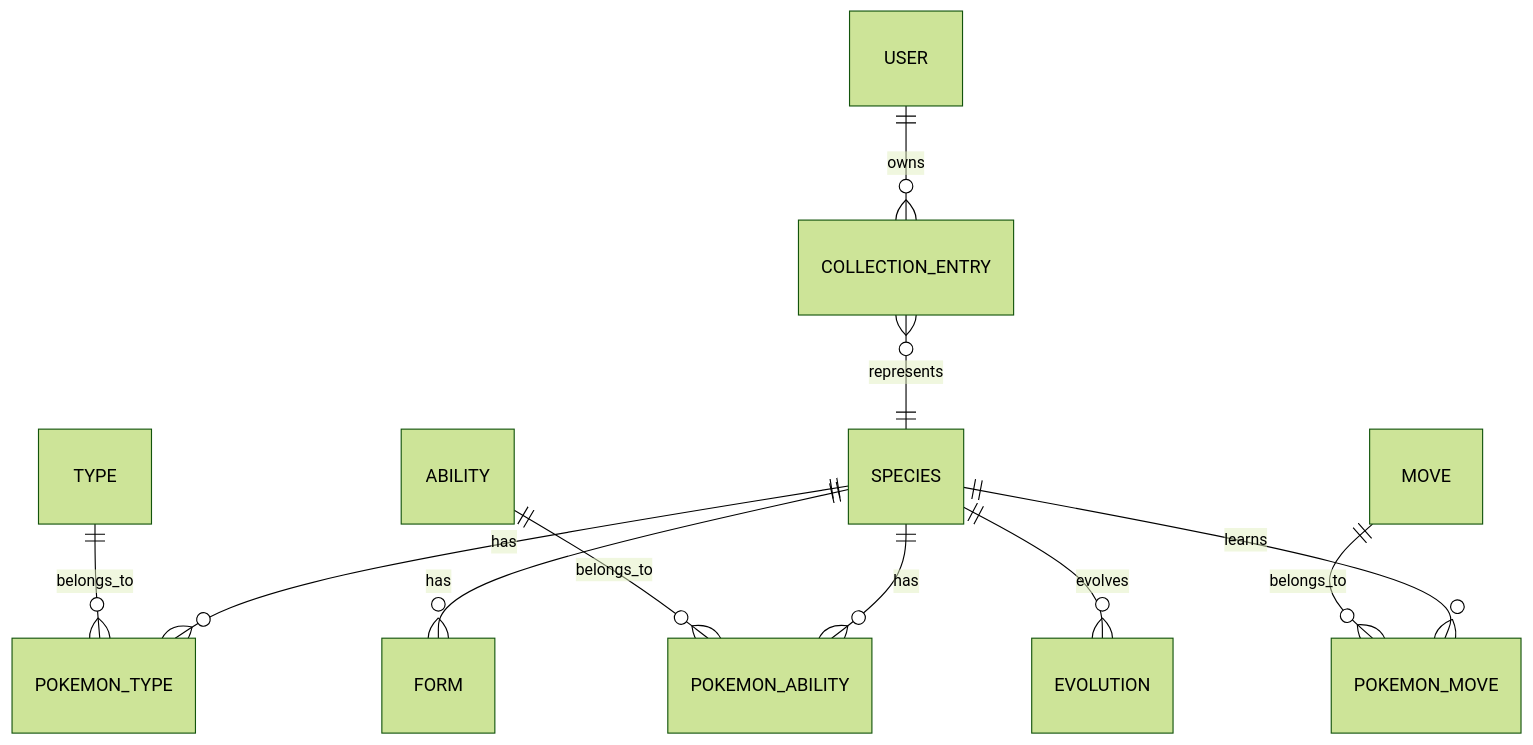
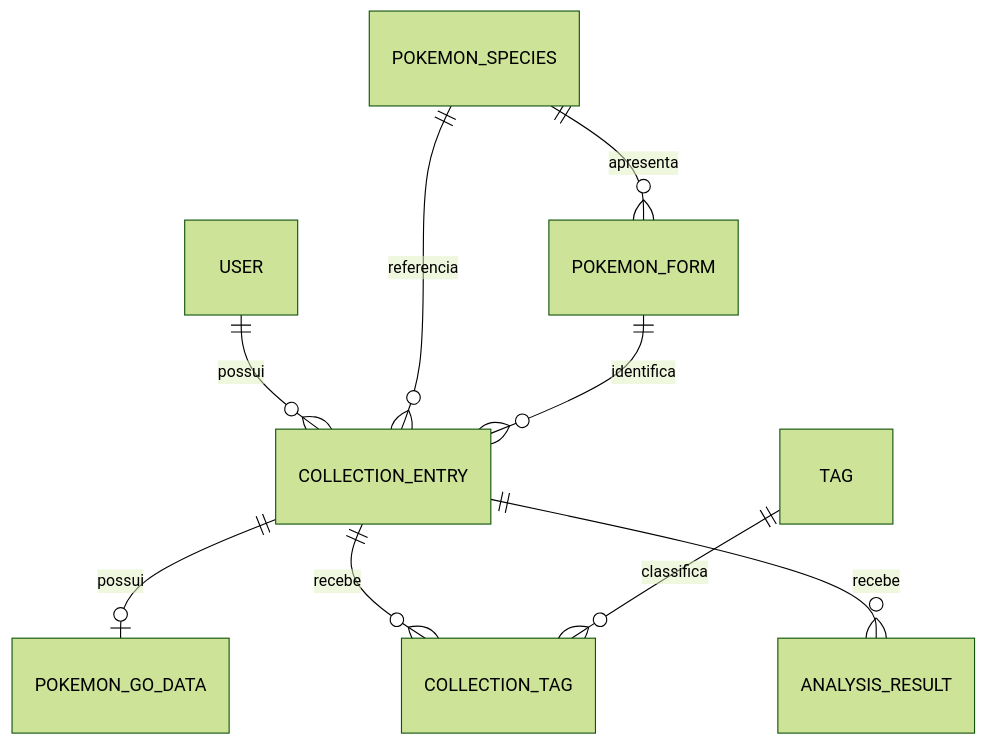
The second of 2 diagrams in docs/database.md (AlissonAlves-Dev/pokedex-manager), drawn with Mermaid (forest theme) before and after one commit. The commit also changed other lines of this file and 11 other files, not shown here.

````diff
--- a/docs/database.md
+++ b/docs/database.md
@@ -258,20 +193,11 @@
 ```mermaid
 erDiagram
-
-    USER ||--o{ COLLECTION_ENTRY : owns
-
-    COLLECTION_ENTRY }o--|| SPECIES : represents
-
-    SPECIES ||--o{ POKEMON_TYPE : has
-    TYPE ||--o{ POKEMON_TYPE : belongs_to
-
-    SPECIES ||--o{ POKEMON_ABILITY : has
-    ABILITY ||--o{ POKEMON_ABILITY : belongs_to
-
-    SPECIES ||--o{ POKEMON_MOVE : learns
-    MOVE ||--o{ POKEMON_MOVE : belongs_to
-
-    SPECIES ||--o{ FORM : has
-
-    SPECIES ||--o{ EVOLUTION : evolves
+    USER ||--o{ COLLECTION_ENTRY : possui
+    POKEMON_SPECIES ||--o{ POKEMON_FORM : apresenta
+    POKEMON_SPECIES ||--o{ COLLECTION_ENTRY : referencia
+    POKEMON_FORM ||--o{ COLLECTION_ENTRY : identifica
+    COLLECTION_ENTRY ||--o| POKEMON_GO_DATA : possui
+    COLLECTION_ENTRY ||--o{ COLLECTION_TAG : recebe
+    TAG ||--o{ COLLECTION_TAG : classifica
+    COLLECTION_ENTRY ||--o{ ANALYSIS_RESULT : recebe
 ```
````
